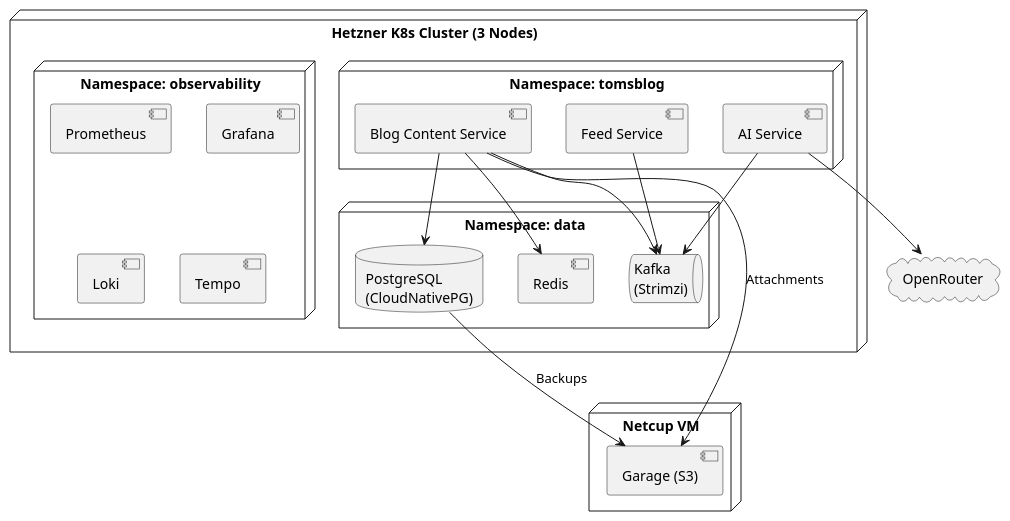
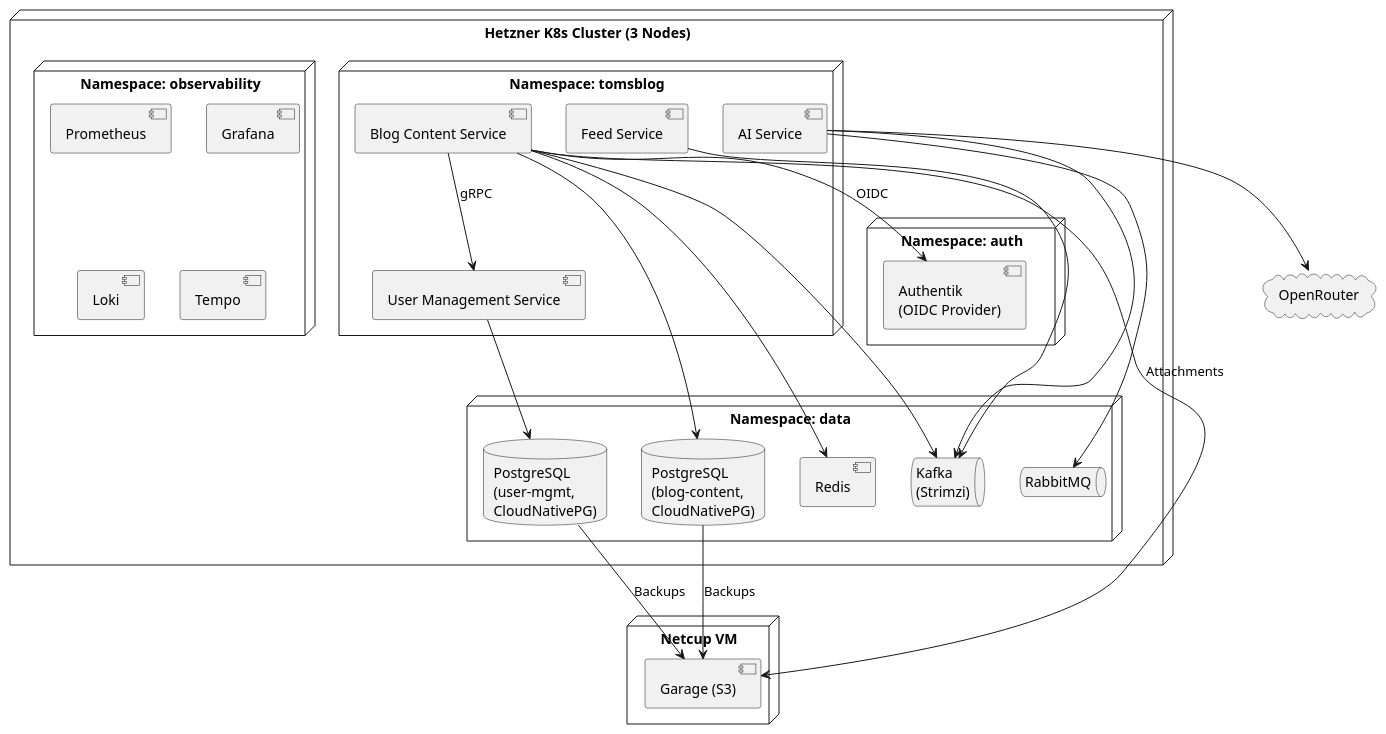
One commit to tomirgang/tomsblog changed the diagram in docs/arc42/modules/ROOT/partials/plantuml/deployment.puml. Above: the diagram before and after it, drawn with PlantUML. The commit also changed 10 other files, not shown here.

```diff
--- a/docs/arc42/modules/ROOT/partials/plantuml/deployment.puml
+++ b/docs/arc42/modules/ROOT/partials/plantuml/deployment.puml
@@ -1,37 +1,49 @@
 @startuml deployment
 node "Hetzner K8s Cluster (3 Nodes)" {
   node "Namespace: tomsblog" {
     [Blog Content Service] as blog
+    [User Management Service] as usermgmt
     [Feed Service] as feed
     [AI Service] as ai
   }
 
   node "Namespace: data" {
-    database "PostgreSQL\n(CloudNativePG)" as db
+    database "PostgreSQL\n(blog-content,\nCloudNativePG)" as db_blog
+    database "PostgreSQL\n(user-mgmt,\nCloudNativePG)" as db_user
     [Redis] as redis
     queue "Kafka\n(Strimzi)" as kafka
+    queue "RabbitMQ" as rabbitmq
+  }
+
+  node "Namespace: auth" {
+    [Authentik\n(OIDC Provider)] as authentik
   }
 
   node "Namespace: observability" {
     [Prometheus] as prom
     [Grafana] as grafana
     [Loki] as loki
     [Tempo] as tempo
   }
 }
 
 node "Netcup VM" {
   [Garage (S3)] as s3
 }
 
 cloud "OpenRouter" as openrouter
 
-blog --> db
+blog --> db_blog
+usermgmt --> db_user
+blog --> usermgmt : gRPC
+blog --> authentik : OIDC
 blog --> kafka
 blog --> redis
 feed --> kafka
 ai --> kafka
+ai --> rabbitmq
 ai --> openrouter
 blog --> s3 : Attachments
-db --> s3 : Backups
+db_blog --> s3 : Backups
+db_user --> s3 : Backups
 @enduml
```
